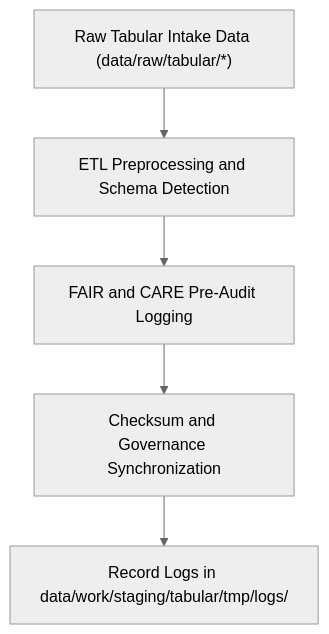
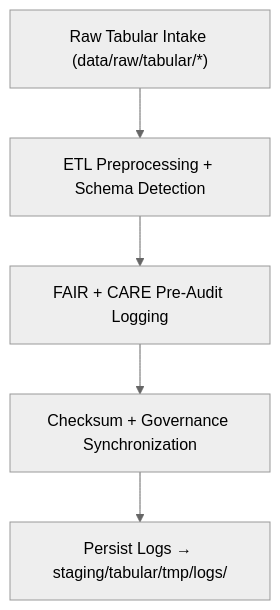
One commit to bartytime4life/Kansas-Frontier-Matrix changed the diagram in data/work/staging/tabular/tmp/logs/README.md. Above: the diagram before and after it, drawn with Mermaid (neutral theme). The commit also changed other lines of this file, not shown here.

````diff
--- a/data/work/staging/tabular/tmp/logs/README.md
+++ b/data/work/staging/tabular/tmp/logs/README.md
@@ -63,7 +65,7 @@
 ```mermaid
 flowchart TD
-    A["Raw Tabular Intake Data (data/raw/tabular/*)"] --> B["ETL Preprocessing and Schema Detection"]
-    B --> C["FAIR and CARE Pre-Audit Logging"]
-    C --> D["Checksum and Governance Synchronization"]
-    D --> E["Record Logs in data/work/staging/tabular/tmp/logs/"]
+    A["Raw Tabular Intake (data/raw/tabular/*)"] --> B["ETL Preprocessing + Schema Detection"]
+    B --> C["FAIR + CARE Pre-Audit Logging"]
+    C --> D["Checksum + Governance Synchronization"]
+    D --> E["Persist Logs → staging/tabular/tmp/logs/"]
 ```
````
